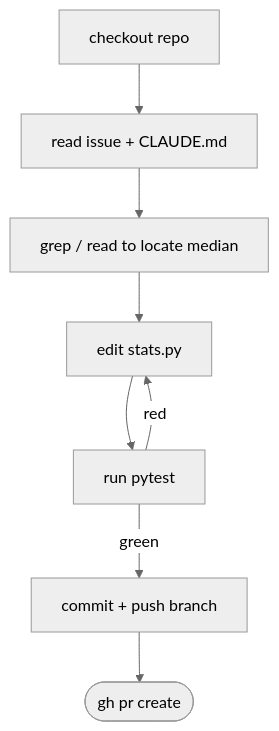
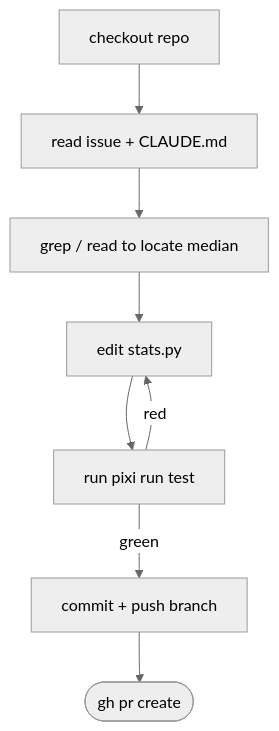
One commit to PatrickRobothamEnterprises/mlai-jun-2026 changed the fifth of 7 diagrams in TALK.md. Above: the diagram before and after it, drawn with Mermaid (neutral theme). The commit also changed other lines of this file and 2 other files, not shown here.

````diff
--- a/TALK.md
+++ b/TALK.md
@@ -243,10 +321,10 @@
 ```mermaid
 flowchart TB
     C[checkout repo] --> RD[read issue + CLAUDE.md]
     RD --> GR[grep / read to locate median]
     GR --> ED[edit stats.py]
-    ED --> TS[run pytest]
+    ED --> TS[run pixi run test]
     TS -->|red| ED
     TS -->|green| CM[commit + push branch]
     CM --> PR([gh pr create])
 ```
````
